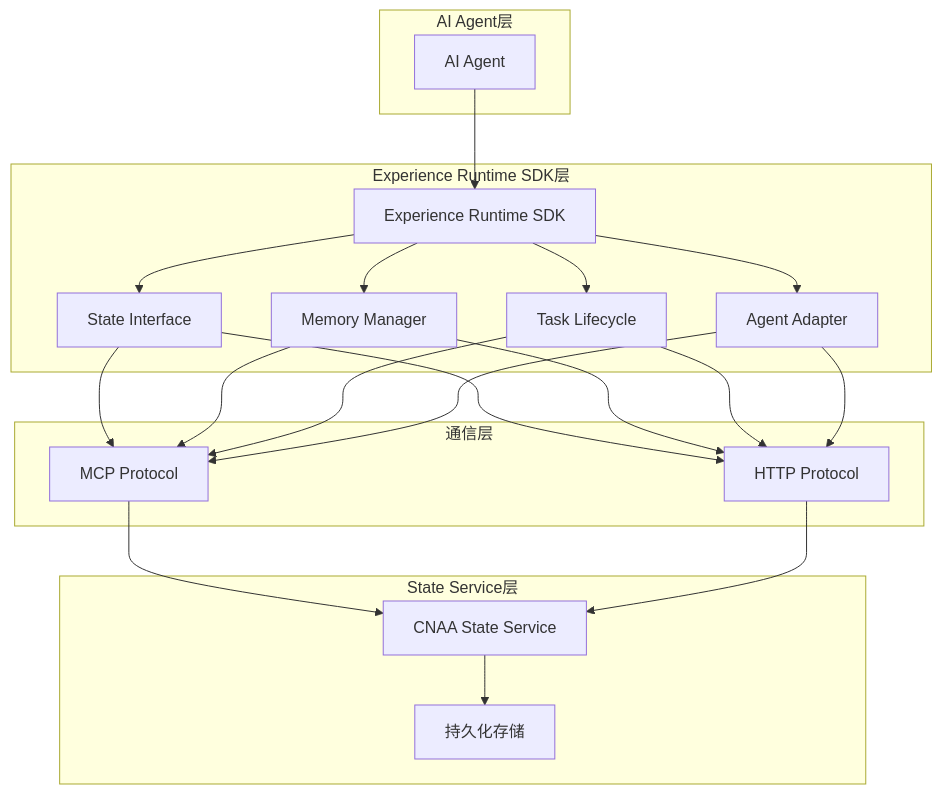
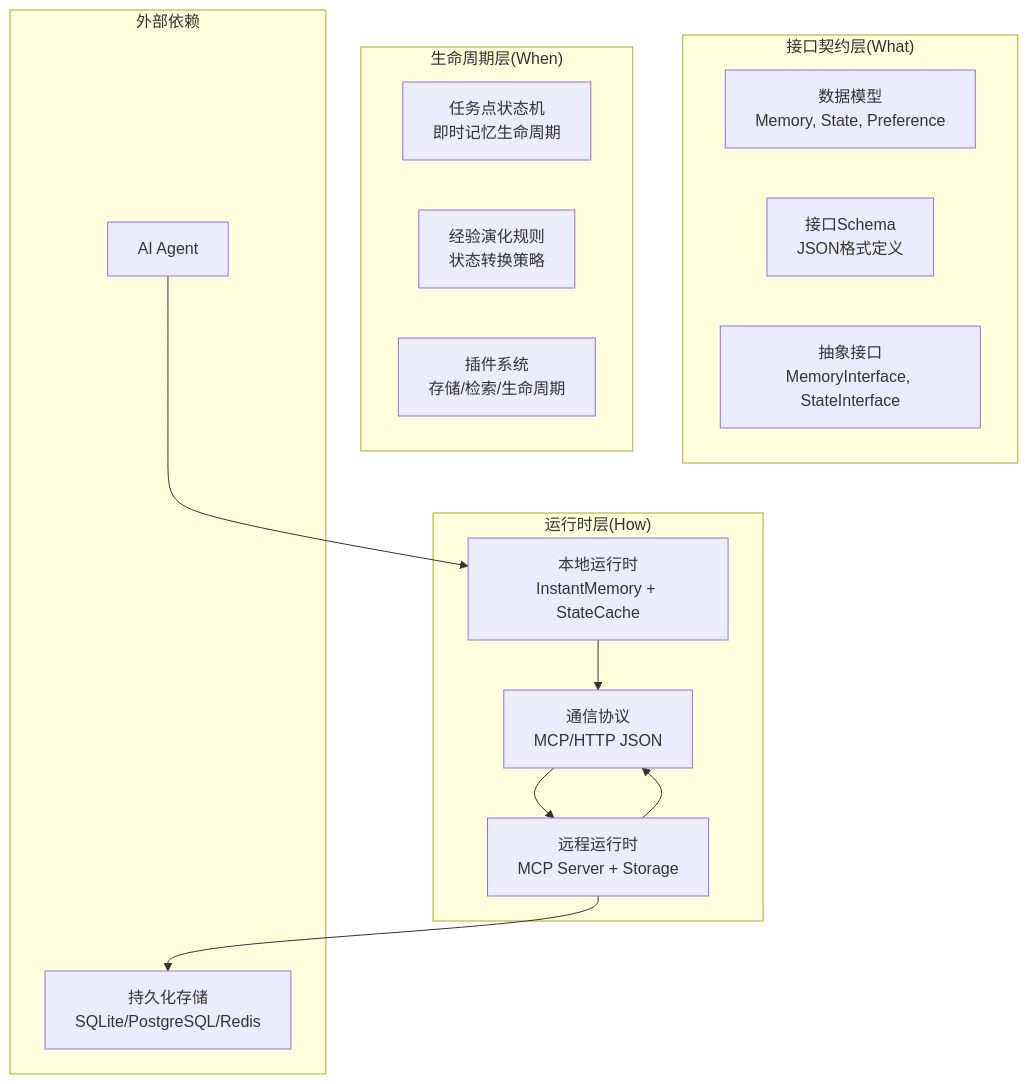
The second of 6 diagrams in .qoder/repowiki/zh/content/架构设计/架构设计.md (lgx236/CNAA-Cloud-Native-Agent-Architecture-), drawn with Mermaid before and after one commit. The commit also changed other lines of this file and 80 other files, not shown here.

````diff
--- a/.qoder/repowiki/zh/content/架构设计/架构设计.md
+++ b/.qoder/repowiki/zh/content/架构设计/架构设计.md
@@ -64,37 +100,27 @@
 ```mermaid
 graph TB
-subgraph "AI Agent层"
+subgraph "接口契约层(What)"
+Models["数据模型<br/>Memory, State, Preference"]
+Schemas["接口Schema<br/>JSON格式定义"]
+Interfaces["抽象接口<br/>MemoryInterface, StateInterface"]
+end
+subgraph "运行时层(How)"
+LocalRuntime["本地运行时<br/>InstantMemory + StateCache"]
+RemoteRuntime["远程运行时<br/>MCP Server + Storage"]
+Communication["通信协议<br/>MCP/HTTP JSON"]
+end
+subgraph "生命周期层(When)"
+Lifecycle["任务点状态机<br/>即时记忆生命周期"]
+Evolution["经验演化规则<br/>状态转换策略"]
+Plugins["插件系统<br/>存储/检索/生命周期"]
+end
+subgraph "外部依赖"
 Agent["AI Agent"]
+Storage["持久化存储<br/>SQLite/PostgreSQL/Redis"]
 end
-subgraph "Experience Runtime SDK层"
-SDK["Experience Runtime SDK"]
-StateIF["State Interface"]
-MemMgr["Memory Manager"]
-TaskLC["Task Lifecycle"]
-AgentAdp["Agent Adapter"]
-end
-subgraph "通信层"
-MCP["MCP Protocol"]
-HTTP["HTTP Protocol"]
-end
-subgraph "State Service层"
-StateSvc["CNAA State Service"]
-Storage["持久化存储"]
-end
-Agent --> SDK
-SDK --> StateIF
-SDK --> MemMgr
-SDK --> TaskLC
-SDK --> AgentAdp
-StateIF --> MCP
-StateIF --> HTTP
-MemMgr --> MCP
-MemMgr --> HTTP
-TaskLC --> MCP
-TaskLC --> HTTP
-AgentAdp --> MCP
-AgentAdp --> HTTP
-MCP --> StateSvc
-HTTP --> StateSvc
-StateSvc --> Storage
+Agent --> LocalRuntime
+LocalRuntime --> Communication
+RemoteRuntime --> Communication
+Communication --> RemoteRuntime
+RemoteRuntime --> Storage
 ```
````
